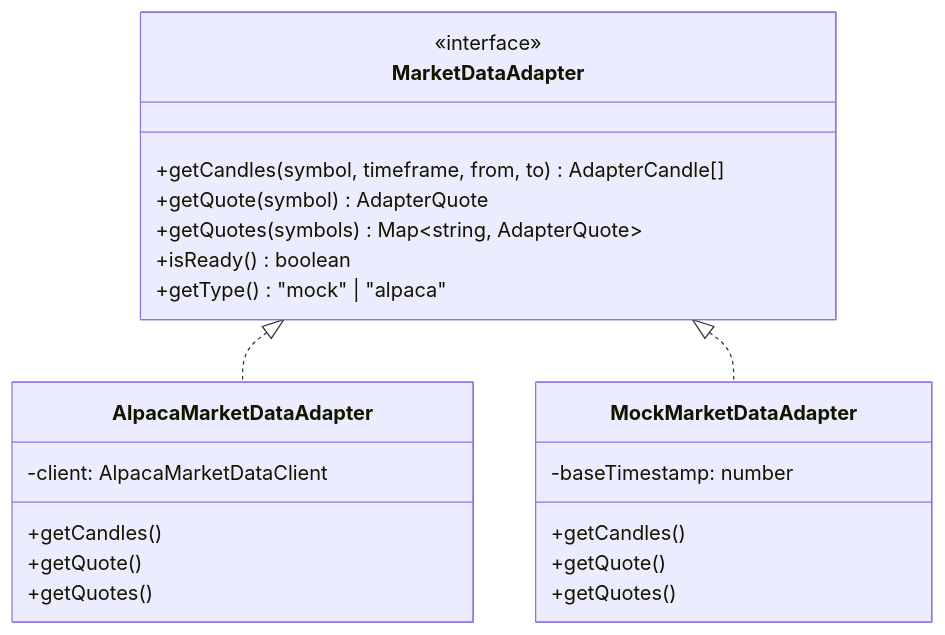
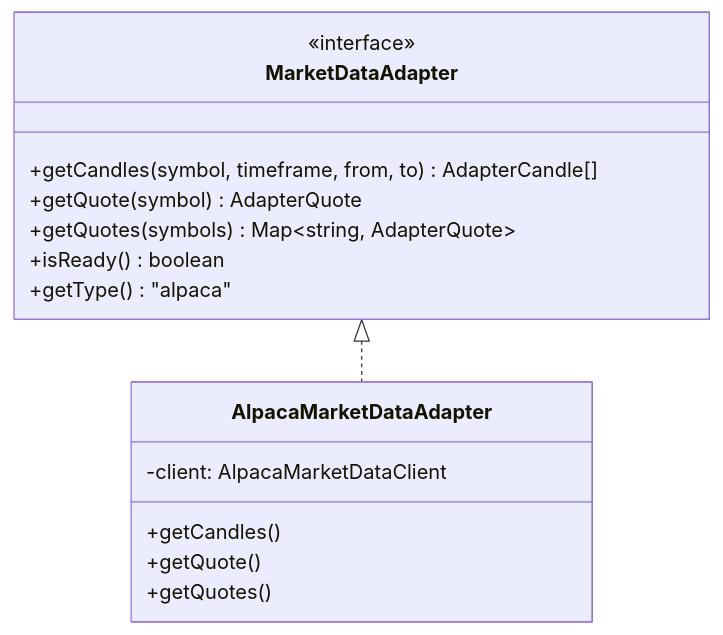
The third of 4 diagrams in packages/marketdata/README.md (ccheney/cream), drawn with Mermaid before and after one commit. The commit also changed other lines of this file and 65 other files, not shown here.

````diff
--- a/packages/marketdata/README.md
+++ b/packages/marketdata/README.md
@@ -192,28 +191,20 @@
 ```mermaid
 classDiagram
     class MarketDataAdapter {
         <<interface>>
         +getCandles(symbol, timeframe, from, to) AdapterCandle[]
         +getQuote(symbol) AdapterQuote
         +getQuotes(symbols) Map~string, AdapterQuote~
         +isReady() boolean
-        +getType() "mock" | "alpaca"
+        +getType() "alpaca"
     }
 
     class AlpacaMarketDataAdapter {
         -client: AlpacaMarketDataClient
         +getCandles()
         +getQuote()
         +getQuotes()
     }
 
-    class MockMarketDataAdapter {
-        -baseTimestamp: number
-        +getCandles()
-        +getQuote()
-        +getQuotes()
-    }
-
     MarketDataAdapter <|.. AlpacaMarketDataAdapter
-    MarketDataAdapter <|.. MockMarketDataAdapter
 ```
````
